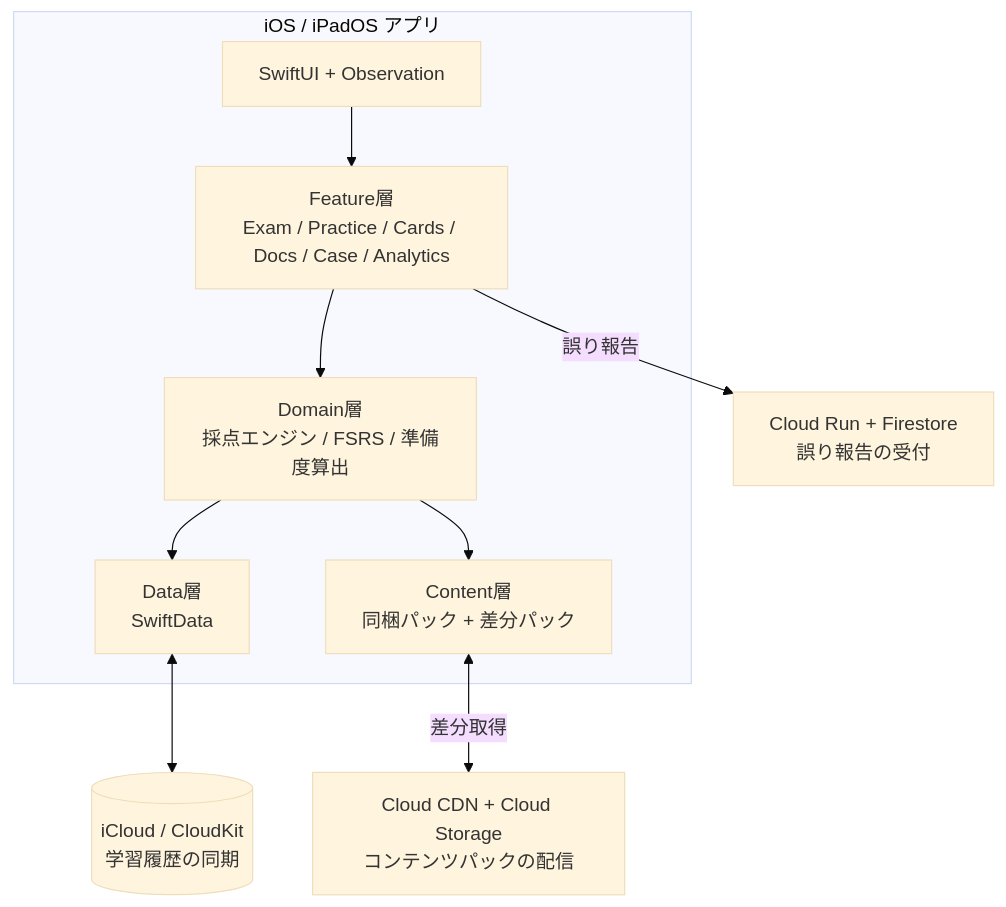
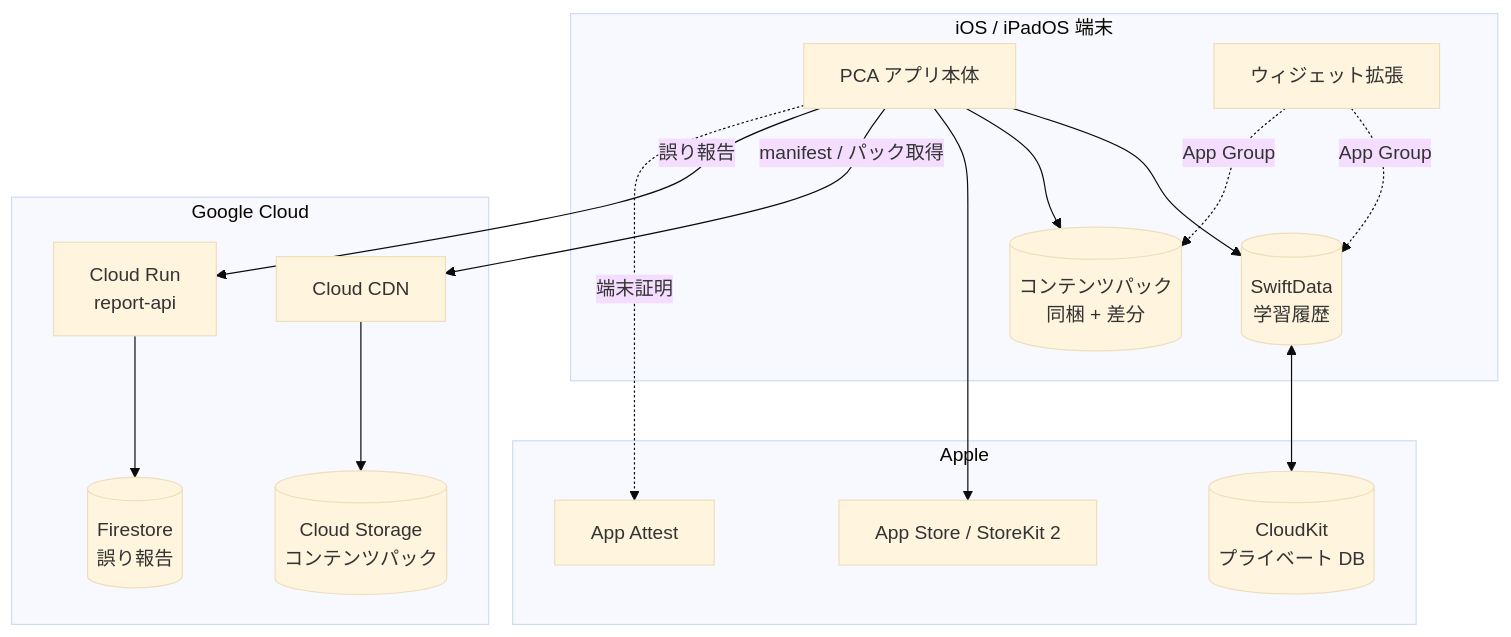
One commit to myoshi2891/Cloudrill changed the first of 8 diagrams in Documentation.docc/BDD.md. Above: the diagram before and after it, drawn with Mermaid (base theme). The commit also changed other lines of this file and 1 other file, not shown here.

````diff
--- a/Documentation.docc/BDD.md
+++ b/Documentation.docc/BDD.md
@@ -413,21 +60,34 @@
 ```mermaid
 flowchart TB
-    subgraph iOS["iOS / iPadOS アプリ"]
-        UI["SwiftUI + Observation"]
-        FEAT["Feature層<br/>Exam / Practice / Cards / Docs / Case / Analytics"]
-        DOM["Domain層<br/>採点エンジン / FSRS / 準備度算出"]
-        DATA["Data層<br/>SwiftData"]
-        CONT["Content層<br/>同梱パック + 差分パック"]
-        UI --> FEAT --> DOM
-        DOM --> DATA
-        DOM --> CONT
+    subgraph Device["iOS / iPadOS 端末"]
+        APP["PCA アプリ本体"]
+        WGT["ウィジェット拡張"]
+        SD[("SwiftData<br/>学習履歴")]
+        CP[("コンテンツパック<br/>同梱 + 差分")]
+        APP --> SD
+        APP --> CP
+        WGT -. App Group .-> SD
+        WGT -. App Group .-> CP
     end
 
-    CK[("iCloud / CloudKit<br/>学習履歴の同期")]
-    CDN["Cloud CDN + Cloud Storage<br/>コンテンツパックの配信"]
-    RPT["Cloud Run + Firestore<br/>誤り報告の受付"]
+    subgraph Apple["Apple"]
+        CK[("CloudKit<br/>プライベート DB")]
+        SK["App Store / StoreKit 2"]
+        AA["App Attest"]
+    end
 
-    DATA <--> CK
-    CONT <-- 差分取得 --> CDN
-    FEAT -- 誤り報告 --> RPT
+    subgraph GCP["Google Cloud"]
+        GCS[("Cloud Storage<br/>コンテンツパック")]
+        CDN["Cloud CDN"]
+        RUN["Cloud Run<br/>report-api"]
+        FS[("Firestore<br/>誤り報告")]
+        CDN --> GCS
+        RUN --> FS
+    end
+
+    SD <--> CK
+    APP --> SK
+    APP -- manifest / パック取得 --> CDN
+    APP -- 誤り報告 --> RUN
+    APP -. 端末証明 .-> AA
 ```
````
